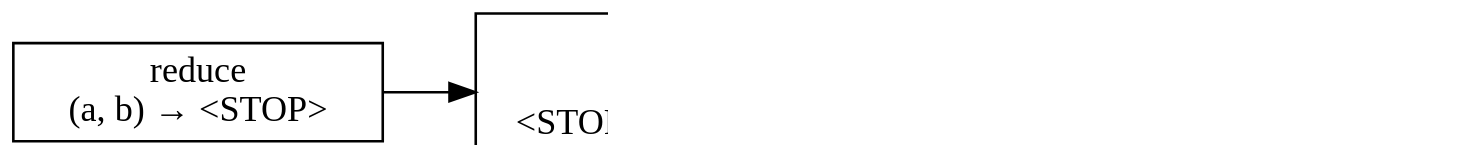
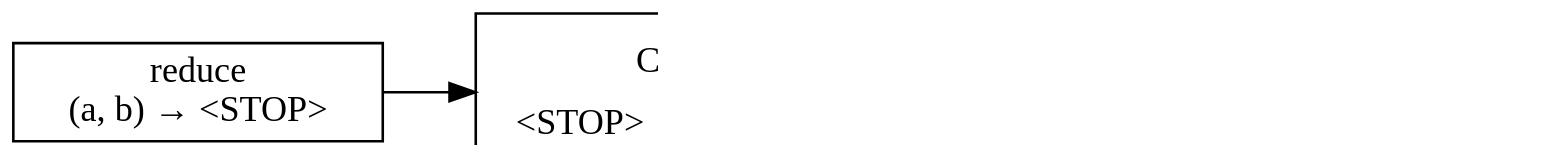
Before and after one commit to inponomarev/kstreams-testing-pitfalls: the tenth of 10 diagrams in slides/src/main/asciidoc/lecture.adoc, drawn with Graphviz. The commit also changed other lines of this file and 2 other files, not shown here.

Commit message:
better diagrams

```diff
--- a/slides/src/main/asciidoc/lecture.adoc
+++ b/slides/src/main/asciidoc/lecture.adoc
@@ -375,25 +384,24 @@
-[graphviz,"wrong-topology3.png"]
+[graphviz,"cache3.png"]
 ----
 digraph G {
 
 graph [ dpi = 180 ];
 rankdir="LR";
-node[shape=box];
 A1[label="<STOP>"];
 B1[label="<STOP>"];
 
 Kafka;
 
-Kafka[label="reduce \n (a, b) → <STOP>"]
+Kafka[shape=box,label="reduce \n (a, b) → <STOP>"]
 
 Kafka -> Cache
 
-Cache[label=<<table cellspacing="5" cellborder="0"  border="0">
+Cache[shape=box,label=<<table cellspacing="5" cellborder="0"  border="0">
         <tr><td colspan="2">Cache</td></tr>
         <tr><td>&lt;STOP&gt;</td>
         <vr/><td>&lt;STOP&gt;</td></tr></table>>]
 Cache -> B1 -> A1;
 
 
 }
 ----
```
